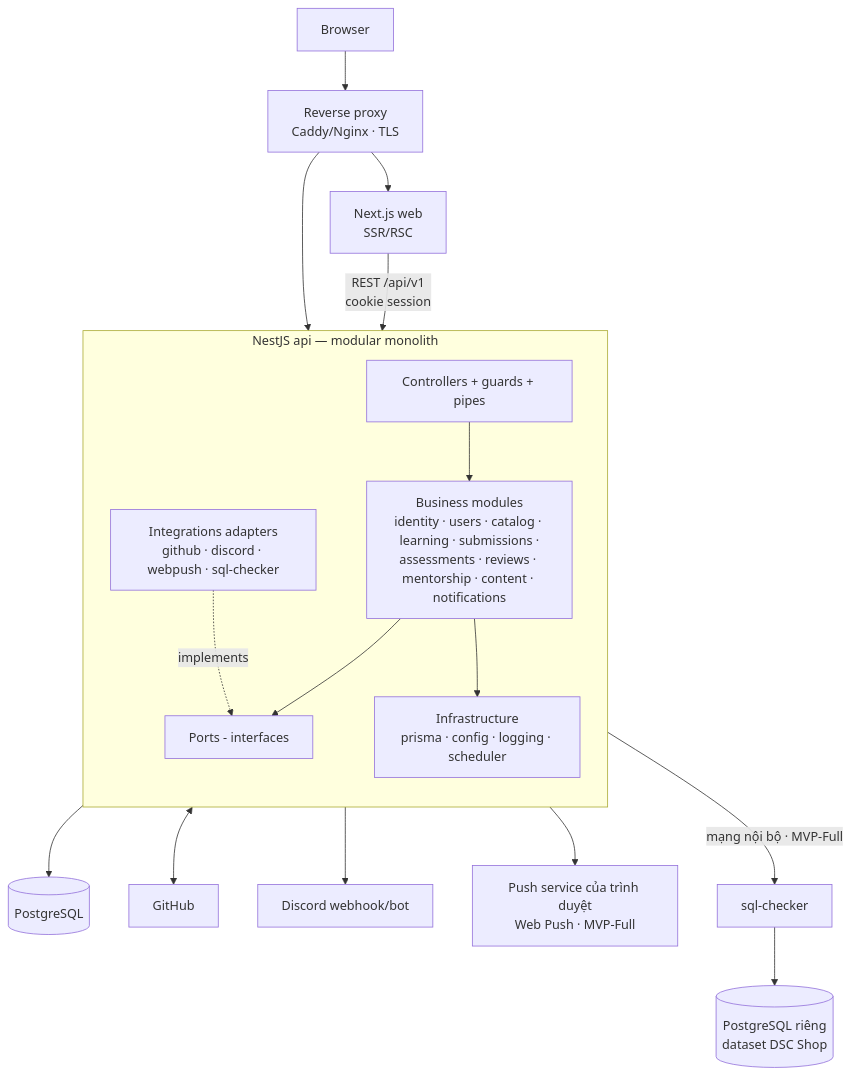
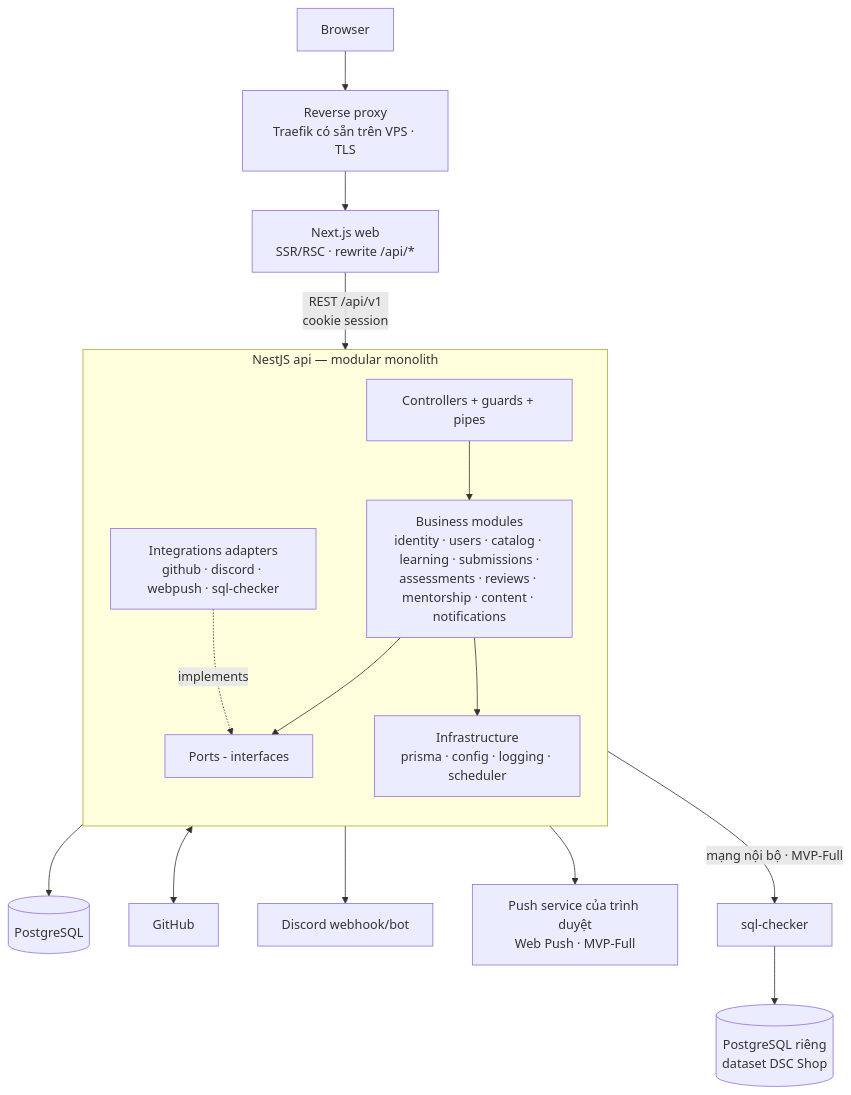
One commit to hcmute-dsc/learning-hub-docs changed the second of 4 diagrams in docs/product/ARCHITECTURE.md. Above: the diagram before and after it, drawn with Mermaid. The commit also changed other lines of this file and 2 other files, not shown here.

First line of the commit message:
Docs: as-built architecture with diagrams for handover (#31)

````diff
--- a/docs/product/ARCHITECTURE.md
+++ b/docs/product/ARCHITECTURE.md
@@ -31,24 +33,23 @@
 ```mermaid
 flowchart TB
-  Browser --> Proxy[Reverse proxy<br/>Caddy/Nginx · TLS]
-  Proxy --> Web[Next.js web<br/>SSR/RSC]
-  Proxy --> API
+  Browser --> Proxy[Reverse proxy<br/>Traefik có sẵn trên VPS · TLS]
+  Proxy --> Web[Next.js web<br/>SSR/RSC · rewrite /api/*]
   Web -->|REST /api/v1<br/>cookie session| API
   subgraph API[NestJS api — modular monolith]
     direction TB
     Presentation[Controllers + guards + pipes]
     Biz[Business modules<br/>identity · users · catalog · learning · submissions ·<br/>assessments · reviews · mentorship · content · notifications]
     Ports[Ports - interfaces]
     Infra[Infrastructure<br/>prisma · config · logging · scheduler]
     Integ[Integrations adapters<br/>github · discord · webpush · sql-checker]
     Presentation --> Biz --> Ports
     Integ -. implements .-> Ports
     Biz --> Infra
   end
   API --> PG[(PostgreSQL)]
   Integ <--> GH[GitHub]
   Integ --> DC[Discord webhook/bot]
   Integ --> WP[Push service của trình duyệt<br/>Web Push · MVP-Full]
   Integ -->|mạng nội bộ · MVP-Full| SQLC[sql-checker]
   SQLC --> SPG[(PostgreSQL riêng<br/>dataset DSC Shop)]
 ```
````
